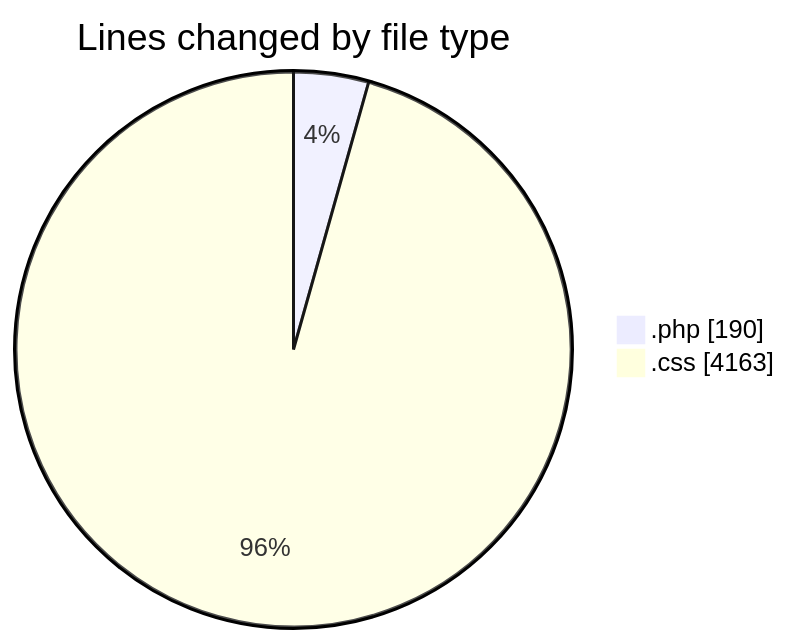
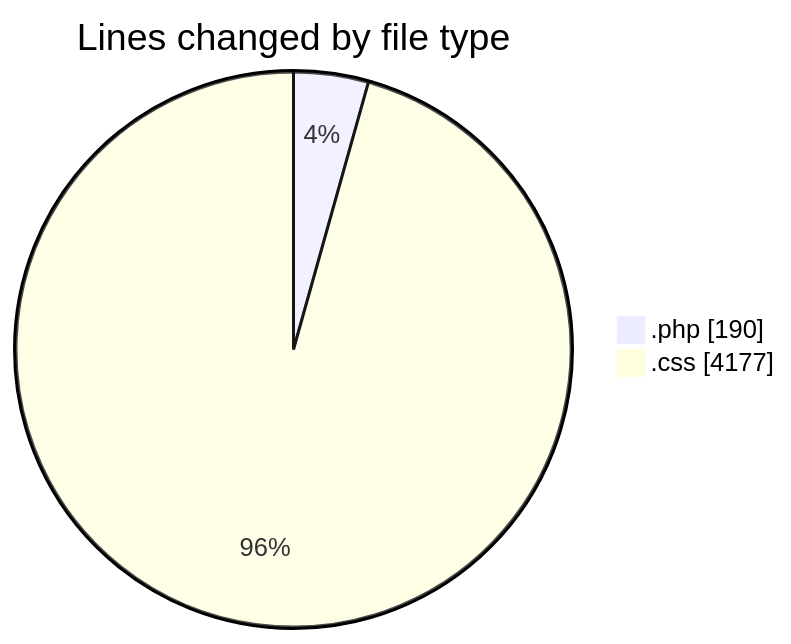
One commit to debugP/code-tracking changed the first of 2 diagrams in 2026-11-04/wp-content/README.md. Above: the diagram before and after it, drawn with Mermaid. The commit also changed other lines of this file and 1 other file, not shown here.

````diff
--- a/2026-11-04/wp-content/README.md
+++ b/2026-11-04/wp-content/README.md
@@ -21,6 +21,6 @@
 ```mermaid
 pie showData
 title Lines changed by file type
 ".php" : 190
-".css" : 4163
+".css" : 4177
 ```
````
